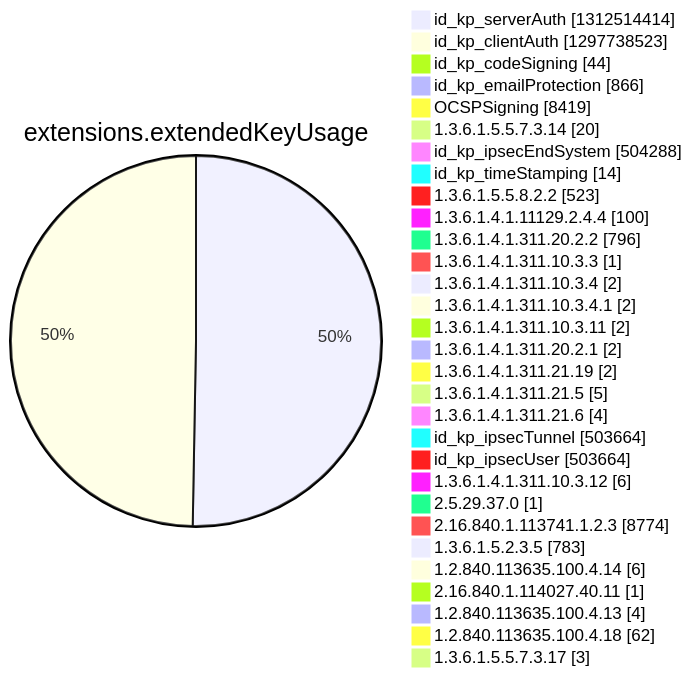
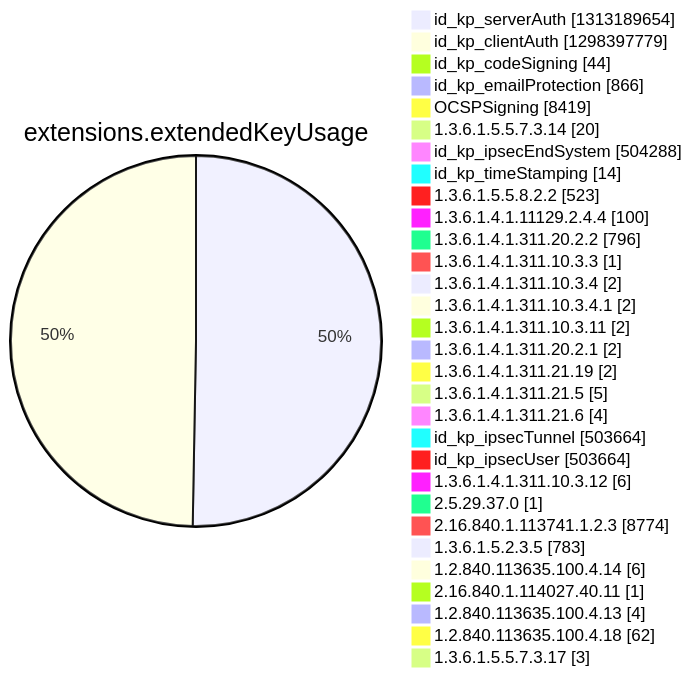
Before and after one commit to christiankrug/ctmonitor_visualization: diagram 12 of 15 in argon2022/README.md, drawn with Mermaid. The commit also changed other lines of this file, not shown here.

````diff
--- a/argon2022/README.md
+++ b/argon2022/README.md
@@ -3552,34 +3552,34 @@
 ```mermaid
 pie showData
 title extensions.extendedKeyUsage
-"id_kp_serverAuth" :1312514414
-"id_kp_clientAuth" :1297738523
+"id_kp_serverAuth" :1313189654
+"id_kp_clientAuth" :1298397779
 "id_kp_codeSigning" :44
 "id_kp_emailProtection" :866
 "OCSPSigning" :8419
 "1.3.6.1.5.5.7.3.14" :20
 "id_kp_ipsecEndSystem" :504288
 "id_kp_timeStamping" :14
 "1.3.6.1.5.5.8.2.2" :523
 "1.3.6.1.4.1.11129.2.4.4" :100
 "1.3.6.1.4.1.311.20.2.2" :796
 "1.3.6.1.4.1.311.10.3.3" :1
 "1.3.6.1.4.1.311.10.3.4" :2
 "1.3.6.1.4.1.311.10.3.4.1" :2
 "1.3.6.1.4.1.311.10.3.11" :2
 "1.3.6.1.4.1.311.20.2.1" :2
 "1.3.6.1.4.1.311.21.19" :2
 "1.3.6.1.4.1.311.21.5" :5
 "1.3.6.1.4.1.311.21.6" :4
 "id_kp_ipsecTunnel" :503664
 "id_kp_ipsecUser" :503664
 "1.3.6.1.4.1.311.10.3.12" :6
 "2.5.29.37.0" :1
 "2.16.840.1.113741.1.2.3" :8774
 "1.3.6.1.5.2.3.5" :783
 "1.2.840.113635.100.4.14" :6
 "2.16.840.1.114027.40.11" :1
 "1.2.840.113635.100.4.13" :4
 "1.2.840.113635.100.4.18" :62
 "1.3.6.1.5.5.7.3.17" :3
 ```
````
